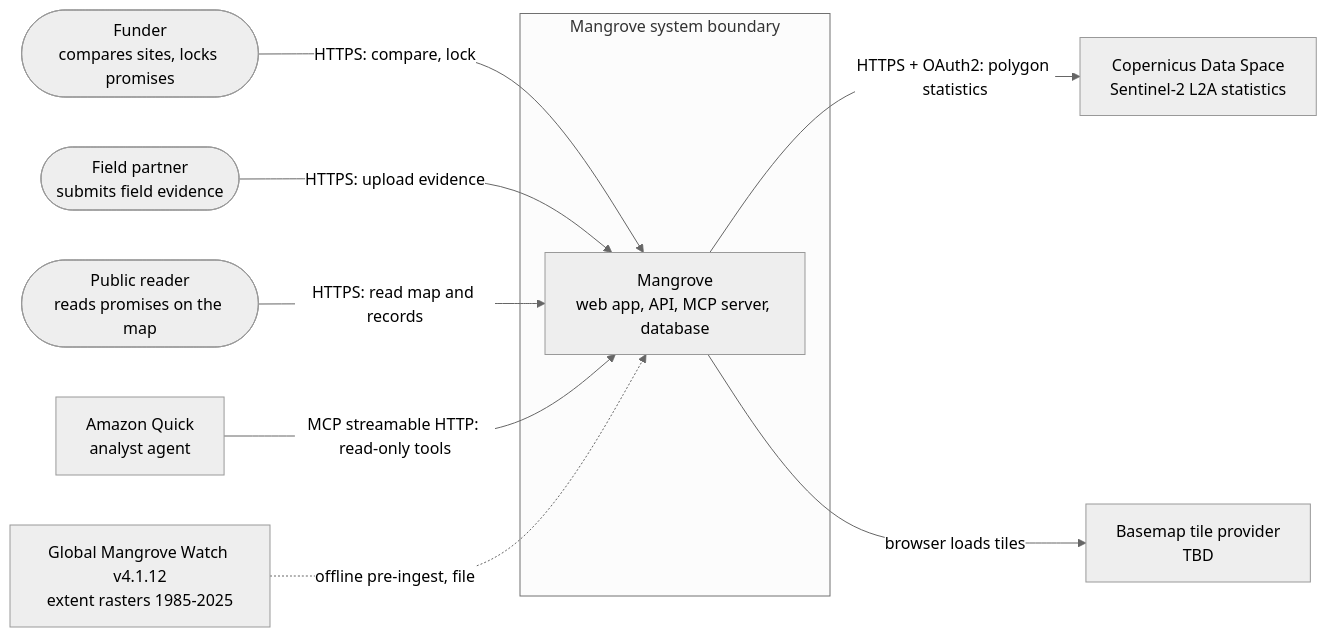
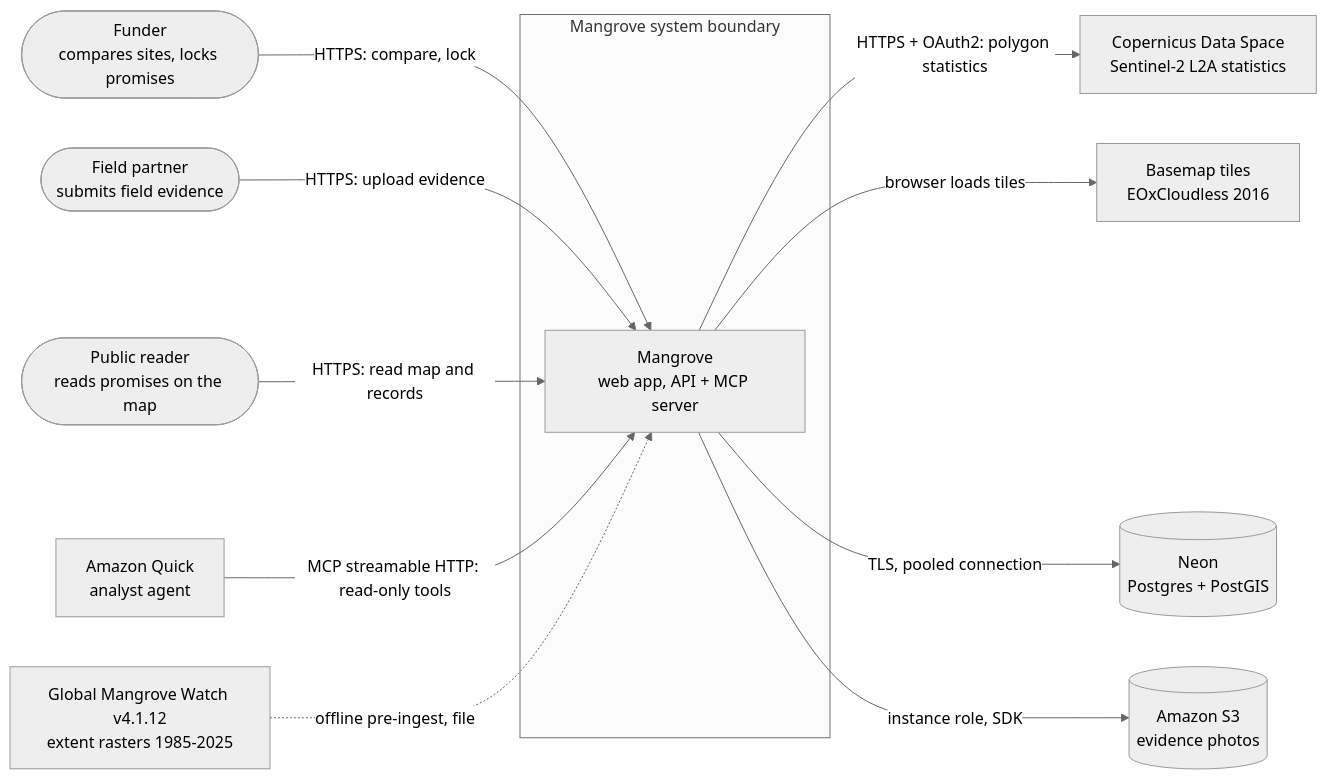
One commit to DavidBatoDev/mangrove changed the first of 3 diagrams in docs/system-design.md. Above: the diagram before and after it, drawn with Mermaid (neutral theme). The commit also changed other lines of this file and 29 other files, not shown here.

````diff
--- a/docs/system-design.md
+++ b/docs/system-design.md
@@ -17,20 +17,24 @@
 ```mermaid
 flowchart LR
   funder([Funder<br/>compares sites, locks promises])
   partner([Field partner<br/>submits field evidence])
   public([Public reader<br/>reads promises on the map])
   quick[Amazon Quick<br/>analyst agent]
   subgraph boundary [Mangrove system boundary]
-    mangrove[Mangrove<br/>web app, API, MCP server, database]
+    mangrove[Mangrove<br/>web app, API + MCP server]
   end
   cdse[Copernicus Data Space<br/>Sentinel-2 L2A statistics]
-  tiles[Basemap tile provider<br/>TBD]
+  tiles[Basemap tiles<br/>EOxCloudless 2016]
+  neon[(Neon<br/>Postgres + PostGIS)]
+  s3[(Amazon S3<br/>evidence photos)]
   gmw[Global Mangrove Watch v4.1.12<br/>extent rasters 1985-2025]
   funder -->|HTTPS: compare, lock| mangrove
   partner -->|HTTPS: upload evidence| mangrove
   public -->|HTTPS: read map and records| mangrove
   quick -->|MCP streamable HTTP: read-only tools| mangrove
   mangrove -->|HTTPS + OAuth2: polygon statistics| cdse
   mangrove -->|browser loads tiles| tiles
+  mangrove -->|TLS, pooled connection| neon
+  mangrove -->|instance role, SDK| s3
   gmw -.->|offline pre-ingest, file| mangrove
 ```
````
